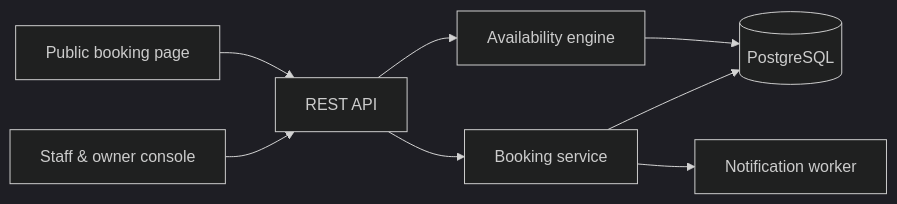
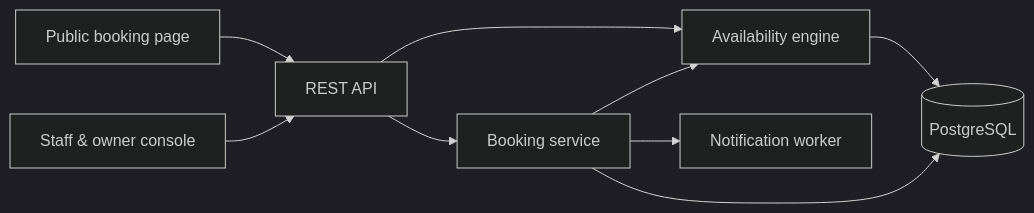
One commit to itsseanez/whiteboard changed the diagram in README.md. Above: the diagram before and after it, drawn with Mermaid (dark theme).

Commit message:
docs: update architecture

````diff
--- a/README.md
+++ b/README.md
@@ -47,10 +47,11 @@
 ```mermaid
 flowchart LR
   A[Public booking page] --> C[REST API]
   B[Staff & owner console] --> C
   C --> D[Availability engine]
   C --> E[Booking service]
   D --> F[(PostgreSQL)]
   E --> F
+  E --> D
   E --> G[Notification worker]
 ```
````
